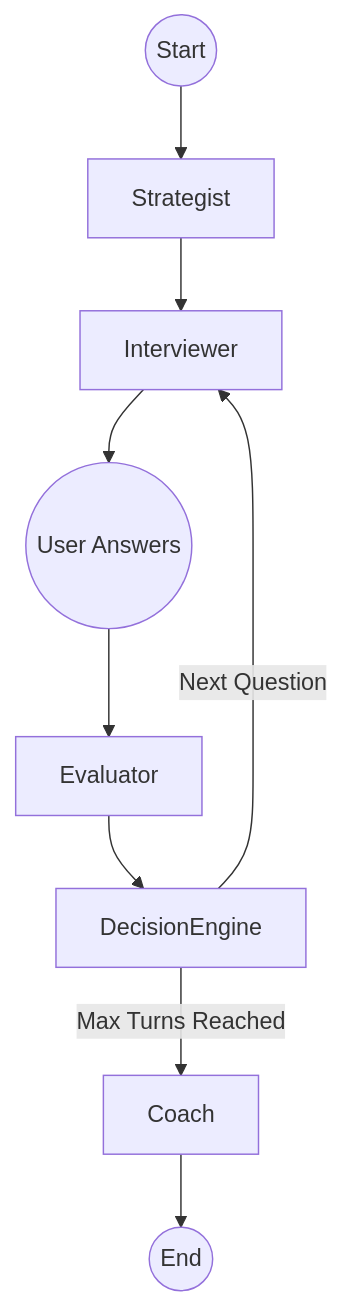
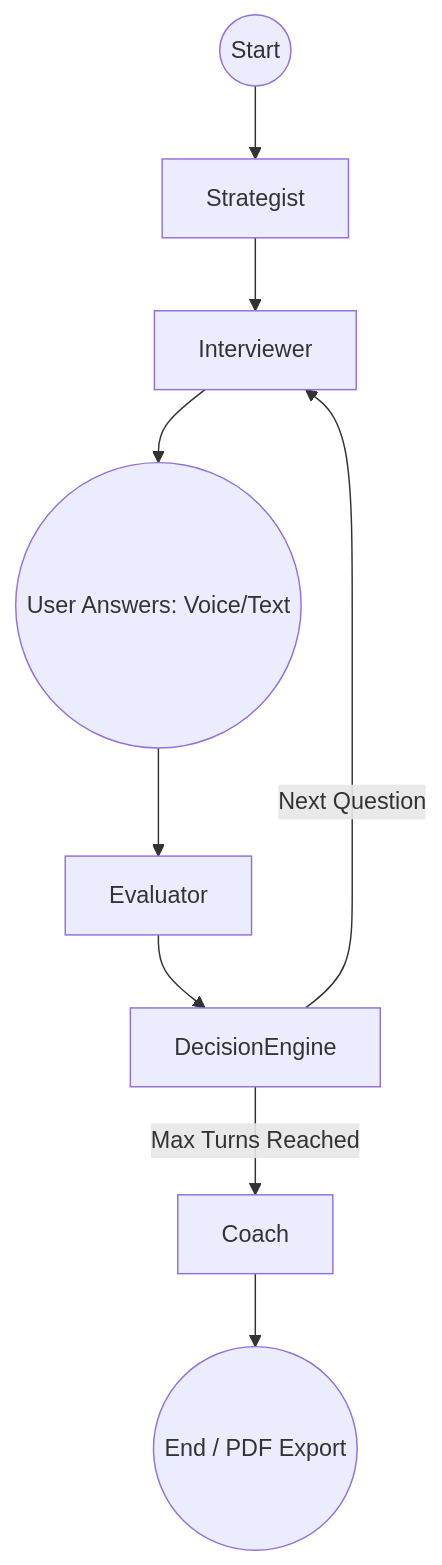
Before and after one commit to muskish/Interviewpilot: the diagram in README.md, drawn with Mermaid. The commit also changed other lines of this file, not shown here.

Commit message:
docs: update README with full feature overview, architecture, and deployment checklist

````diff
--- a/README.md
+++ b/README.md
@@ -18,13 +28,13 @@
 ```mermaid
 graph TD
     Start((Start)) --> Strategist
     Strategist --> Interviewer
-    Interviewer --> UserInput((User Answers))
+    Interviewer --> UserInput((User Answers: Voice/Text))
     UserInput --> Evaluator
     Evaluator --> DecisionEngine
     
     DecisionEngine -->|Next Question| Interviewer
     DecisionEngine -->|Max Turns Reached| Coach
     
-    Coach --> End((End))
+    Coach --> End((End / PDF Export))
 ```
````
